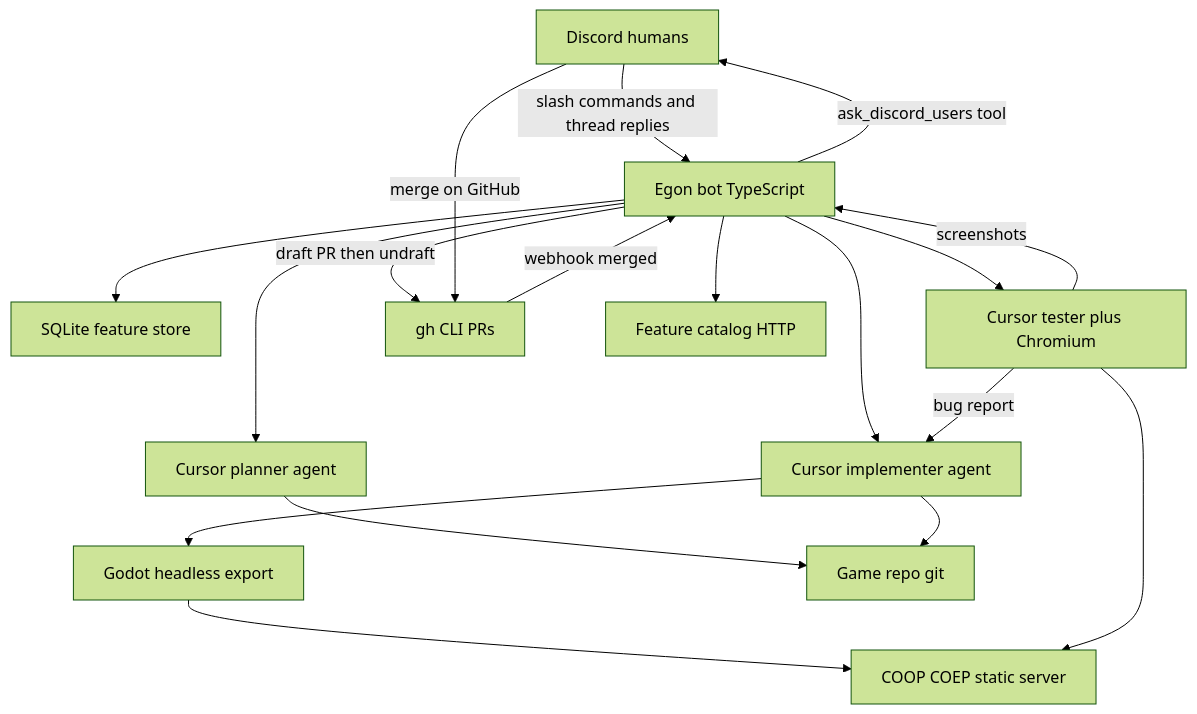
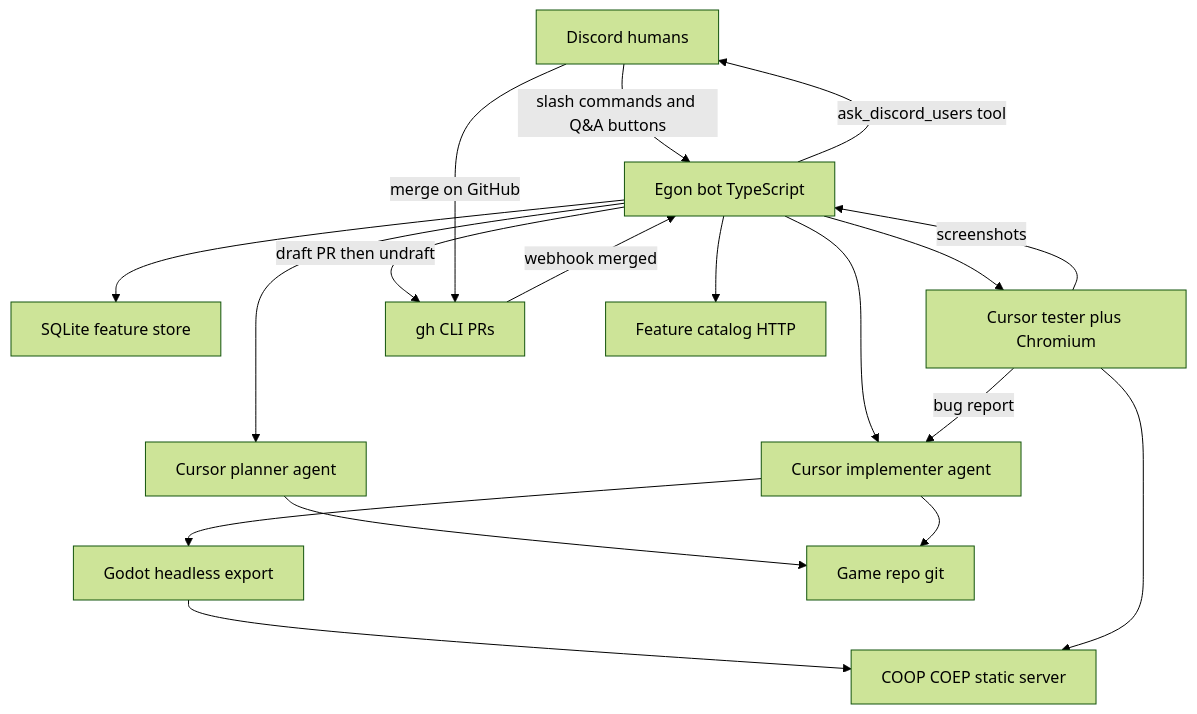
The diagram in docs/egon/SPEC.md (mbuelowdev/egon-bot), drawn with Mermaid (forest theme) before and after one commit. The commit also changed other lines of this file and 32 other files, not shown here.

````diff
--- a/docs/egon/SPEC.md
+++ b/docs/egon/SPEC.md
@@ -19,32 +19,32 @@
 ```mermaid
 flowchart TD
   humans[Discord humans]
   bot[Egon bot TypeScript]
   store[SQLite feature store]
   planner[Cursor planner agent]
   impl[Cursor implementer agent]
   godot[Godot headless export]
   serve[COOP COEP static server]
   tester[Cursor tester plus Chromium]
   git[Game repo git]
   gh[gh CLI PRs]
   catalog[Feature catalog HTTP]
 
-  humans -->|slash commands and thread replies| bot
+  humans -->|slash commands and Q&A buttons| bot
   bot --> store
   bot -->|ask_discord_users tool| humans
   bot --> planner
   planner --> git
   bot -->|draft PR then undraft| gh
   bot --> impl
   impl --> git
   impl --> godot
   godot --> serve
   bot --> tester
   tester --> serve
   tester -->|bug report| impl
   tester -->|screenshots| bot
   bot --> catalog
   gh -->|webhook merged| bot
   humans -->|merge on GitHub| gh
 ```
````
